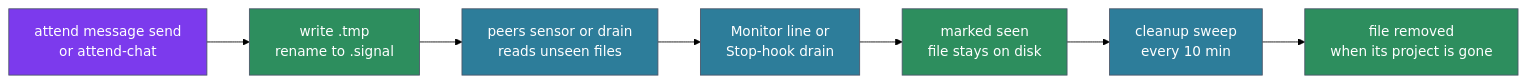
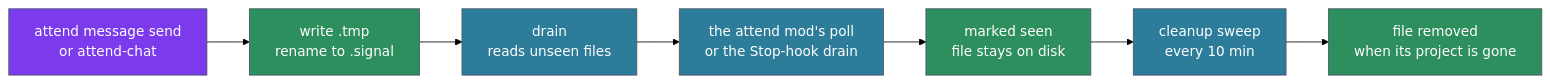
The diagram in docs/attend-and-monitor/signals.md (aaronsb/agent-ways), drawn with Mermaid (forest theme) before and after one commit. The commit also changed other lines of this file and 22 other files, not shown here.

First line of the commit message:
docs(attend): describe the mod and the sensor host, not attend run

````diff
--- a/docs/attend-and-monitor/signals.md
+++ b/docs/attend-and-monitor/signals.md
@@ -87,26 +88,26 @@
 ```mermaid
 flowchart LR
     Create[attend message send<br/>or attend-chat]
     Write[write .tmp<br/>rename to .signal]
-    Scan[peers sensor or drain<br/>reads unseen files]
-    Present[Monitor line or<br/>Stop-hook drain]
+    Scan[drain<br/>reads unseen files]
+    Present[the attend mod's poll<br/>or the Stop-hook drain]
     Seen[marked seen<br/>file stays on disk]
     Cleanup[cleanup sweep<br/>every 10 min]
     Delete[file removed<br/>when its project is gone]
 
     Create --> Write
     Write --> Scan
     Scan --> Present
     Present --> Seen
     Seen --> Cleanup
     Cleanup --> Delete
 
     classDef core fill:#7c3aed,stroke:#4a5568,color:#ffffff
     classDef process fill:#2d7d9a,stroke:#4a5568,color:#ffffff
     classDef store fill:#2d8e5e,stroke:#4a5568,color:#ffffff
 
     class Create core
     class Write,Seen store
     class Scan,Present,Cleanup process
     class Delete store
 ```
````
